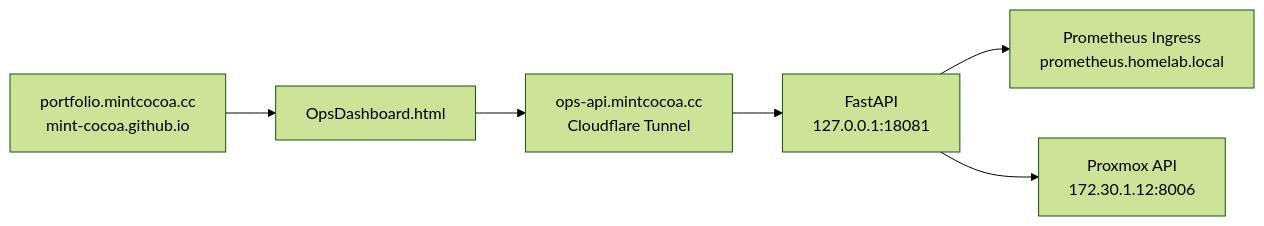
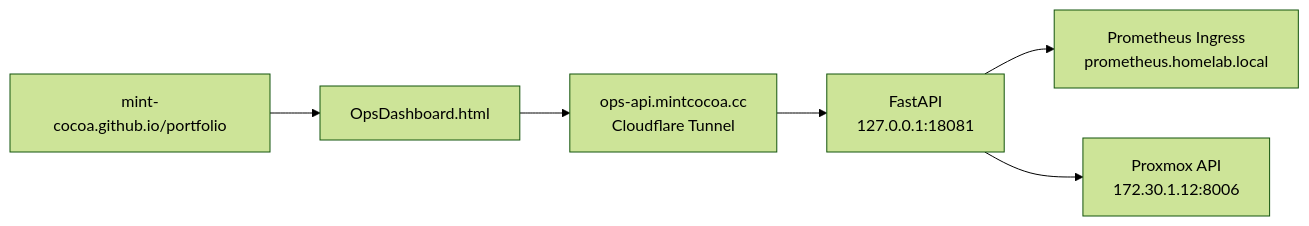
The fourth of 4 diagrams in docs/devops/DevOpsPortfolio.qmd (mint-cocoa/portfolio), drawn with Mermaid (forest theme) before and after one commit. The commit also changed other lines of this file and 21 other files, not shown here.

````diff
--- a/docs/devops/DevOpsPortfolio.qmd
+++ b/docs/devops/DevOpsPortfolio.qmd
@@ -383,8 +387,8 @@
 ```{mermaid}
 flowchart LR
-    Portfolio[portfolio.mintcocoa.cc<br/>mint-cocoa.github.io] --> Dashboard[OpsDashboard.html]
+    Portfolio[mint-cocoa.github.io/portfolio] --> Dashboard[OpsDashboard.html]
     Dashboard --> Tunnel[ops-api.mintcocoa.cc<br/>Cloudflare Tunnel]
     Tunnel --> FastAPI[FastAPI<br/>127.0.0.1:18081]
     FastAPI --> Prometheus[Prometheus Ingress<br/>prometheus.homelab.local]
     FastAPI --> Proxmox[Proxmox API<br/>172.30.1.12:8006]
 ```
````
